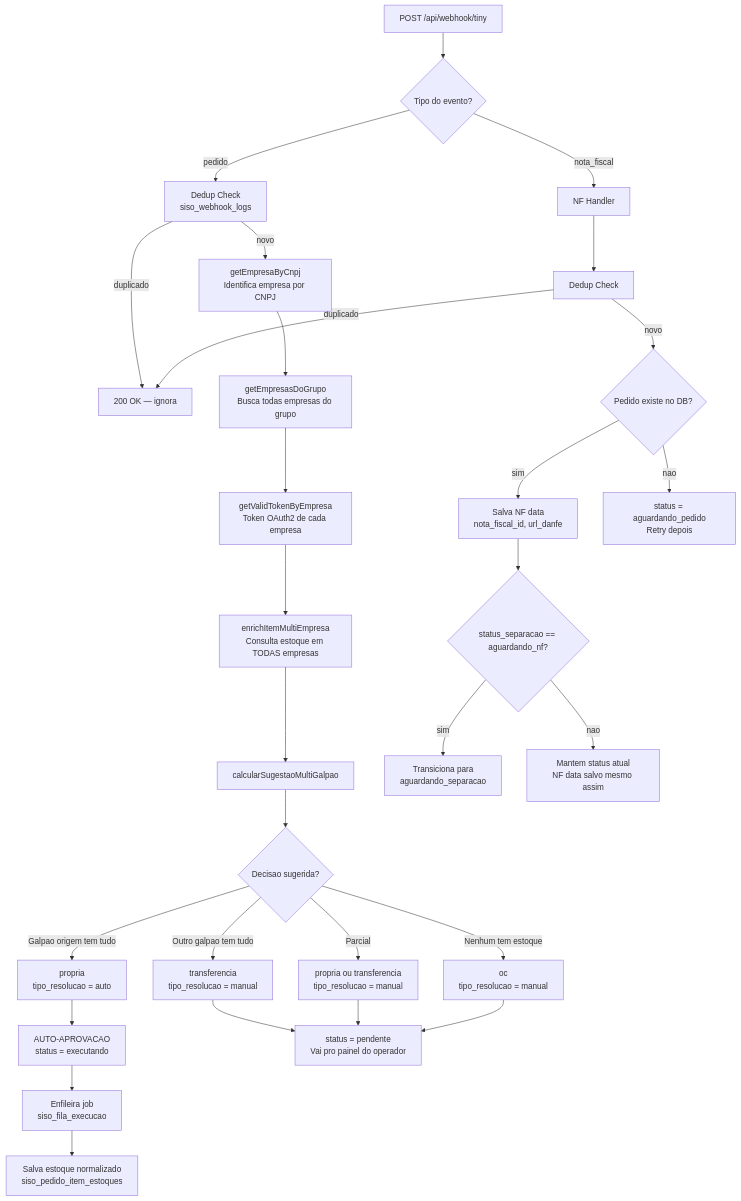
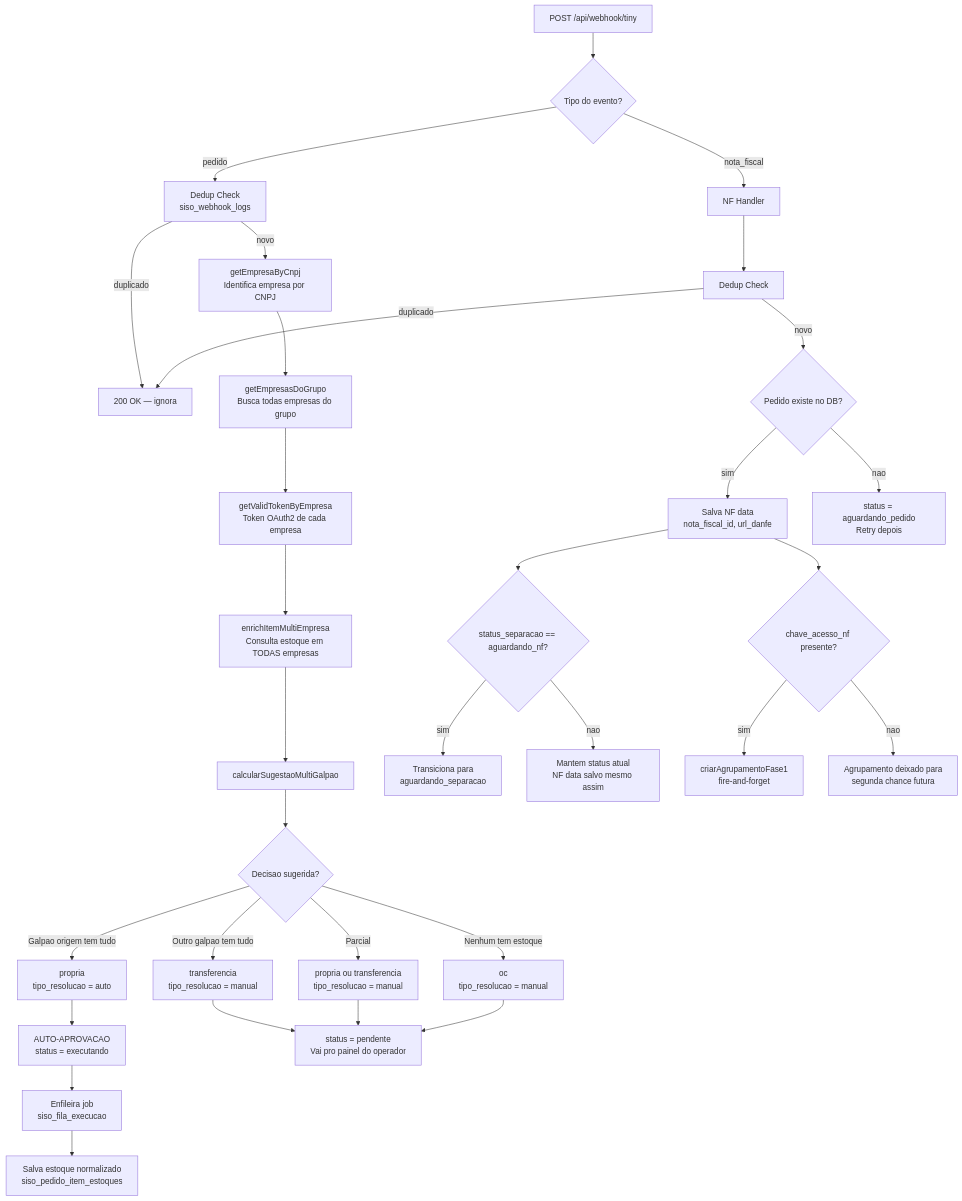
One commit to Eryk-dev/estoquelever changed the second of 17 diagrams in docs/fluxos-siso.md. Above: the diagram before and after it, drawn with Mermaid. The commit also changed other lines of this file and 4 other files, not shown here.

````diff
--- a/docs/fluxos-siso.md
+++ b/docs/fluxos-siso.md
@@ -59,43 +59,47 @@
 ```mermaid
 flowchart TD
     A["POST /api/webhook/tiny"] --> B{"Tipo do evento?"}
 
     B -->|pedido| C["Dedup Check<br/>siso_webhook_logs"]
     B -->|nota_fiscal| D["NF Handler"]
 
     C -->|duplicado| E["200 OK — ignora"]
     C -->|novo| F["getEmpresaByCnpj<br/>Identifica empresa por CNPJ"]
 
     F --> G["getEmpresasDoGrupo<br/>Busca todas empresas do grupo"]
     G --> H["getValidTokenByEmpresa<br/>Token OAuth2 de cada empresa"]
     H --> I["enrichItemMultiEmpresa<br/>Consulta estoque em TODAS empresas"]
 
     I --> J["calcularSugestaoMultiGalpao"]
 
     J --> K{"Decisao sugerida?"}
 
     K -->|"Galpao origem tem tudo"| L["propria<br/>tipo_resolucao = auto"]
     K -->|"Outro galpao tem tudo"| M["transferencia<br/>tipo_resolucao = manual"]
     K -->|"Parcial"| N["propria ou transferencia<br/>tipo_resolucao = manual"]
     K -->|"Nenhum tem estoque"| O["oc<br/>tipo_resolucao = manual"]
 
     L --> P["AUTO-APROVACAO<br/>status = executando"]
     P --> Q["Enfileira job<br/>siso_fila_execucao"]
 
     M --> R["status = pendente<br/>Vai pro painel do operador"]
     N --> R
     O --> R
 
     Q --> S["Salva estoque normalizado<br/>siso_pedido_item_estoques"]
 
     D --> T["Dedup Check"]
     T -->|duplicado| E
     T -->|novo| U{"Pedido existe no DB?"}
 
     U -->|sim| V["Salva NF data<br/>nota_fiscal_id, url_danfe"]
     U -->|nao| W["status = aguardando_pedido<br/>Retry depois"]
 
     V --> X{"status_separacao == aguardando_nf?"}
     X -->|sim| Y["Transiciona para<br/>aguardando_separacao"]
     X -->|nao| Z["Mantem status atual<br/>NF data salvo mesmo assim"]
+
+    V --> AA{"chave_acesso_nf presente?"}
+    AA -->|sim| AB["criarAgrupamentoFase1<br/>fire-and-forget"]
+    AA -->|nao| AC["Agrupamento deixado para<br/>segunda chance futura"]
 ```
````
